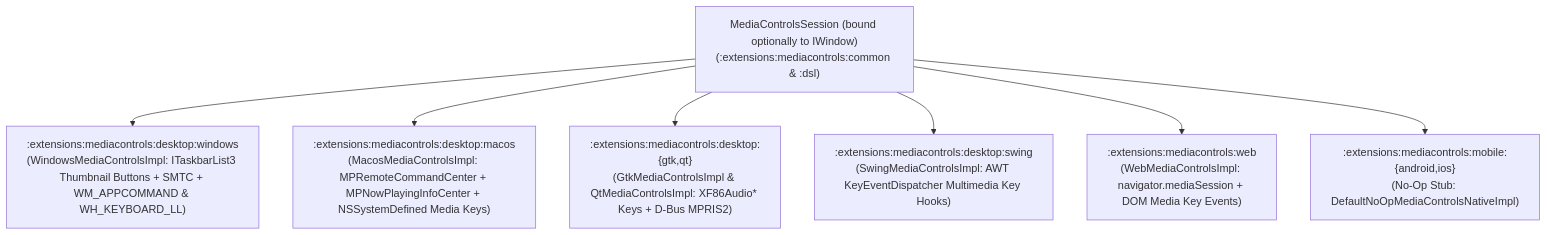
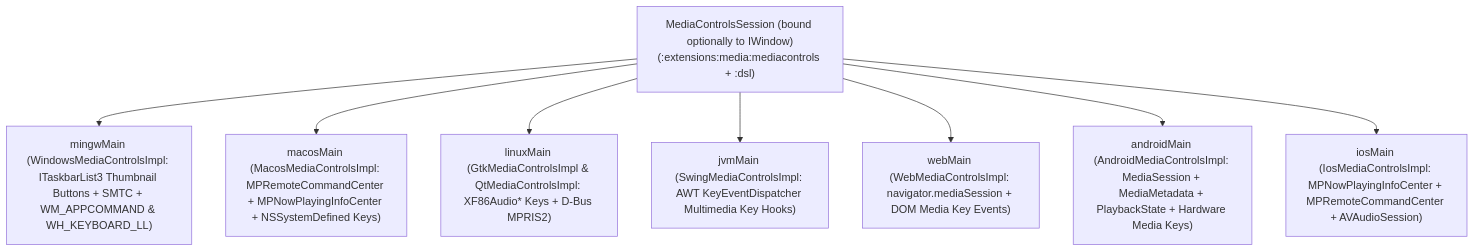
One commit to GenericUI/Extensions changed the diagram in docs/mediacontrols.md. Above: the diagram before and after it, drawn with Mermaid. The commit also changed other lines of this file and 309 other files, not shown here.

Commit message:
Add schema, serviceworker, and pip extensions, upgrade overlay and media codecs/settings/volume controls, and update docs

````diff
--- a/docs/mediacontrols.md
+++ b/docs/mediacontrols.md
@@ -18,17 +18,19 @@
 ```mermaid
 flowchart TD
-    Session["MediaControlsSession (bound optionally to IWindow)<br/>(:extensions:mediacontrols:common & :dsl)"]
-    Win[":extensions:mediacontrols:desktop:windows<br/>(WindowsMediaControlsImpl: ITaskbarList3 Thumbnail Buttons + SMTC + WM_APPCOMMAND & WH_KEYBOARD_LL)"]
-    Mac[":extensions:mediacontrols:desktop:macos<br/>(MacosMediaControlsImpl: MPRemoteCommandCenter + MPNowPlayingInfoCenter + NSSystemDefined Media Keys)"]
-    Linux[":extensions:mediacontrols:desktop:{gtk,qt}<br/>(GtkMediaControlsImpl & QtMediaControlsImpl: XF86Audio* Keys + D-Bus MPRIS2)"]
-    Swing[":extensions:mediacontrols:desktop:swing<br/>(SwingMediaControlsImpl: AWT KeyEventDispatcher Multimedia Key Hooks)"]
-    Web[":extensions:mediacontrols:web<br/>(WebMediaControlsImpl: navigator.mediaSession + DOM Media Key Events)"]
-    Mobile[":extensions:mediacontrols:mobile:{android,ios}<br/>(No-Op Stub: DefaultNoOpMediaControlsNativeImpl)"]
+    Session["MediaControlsSession (bound optionally to IWindow)<br/>(:extensions:media:mediacontrols + :dsl)"]
+    Win["mingwMain (WindowsMediaControlsImpl: ITaskbarList3 Thumbnail Buttons + SMTC + WM_APPCOMMAND & WH_KEYBOARD_LL)"]
+    Mac["macosMain (MacosMediaControlsImpl: MPRemoteCommandCenter + MPNowPlayingInfoCenter + NSSystemDefined Keys)"]
+    Linux["linuxMain (GtkMediaControlsImpl & QtMediaControlsImpl: XF86Audio* Keys + D-Bus MPRIS2)"]
+    Swing["jvmMain (SwingMediaControlsImpl: AWT KeyEventDispatcher Multimedia Key Hooks)"]
+    Web["webMain (WebMediaControlsImpl: navigator.mediaSession + DOM Media Key Events)"]
+    Android["androidMain (AndroidMediaControlsImpl: MediaSession + MediaMetadata + PlaybackState + Hardware Media Keys)"]
+    Ios["iosMain (IosMediaControlsImpl: MPNowPlayingInfoCenter + MPRemoteCommandCenter + AVAudioSession)"]
 
     Session --> Win
     Session --> Mac
     Session --> Linux
     Session --> Swing
     Session --> Web
-    Session --> Mobile
+    Session --> Android
+    Session --> Ios
 ```
````
